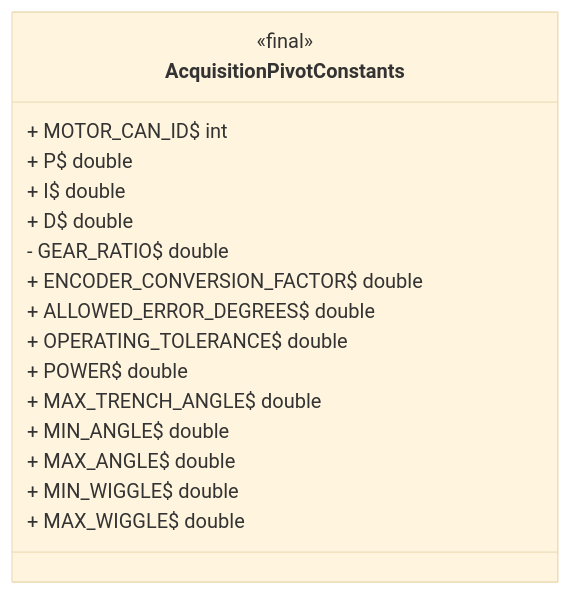
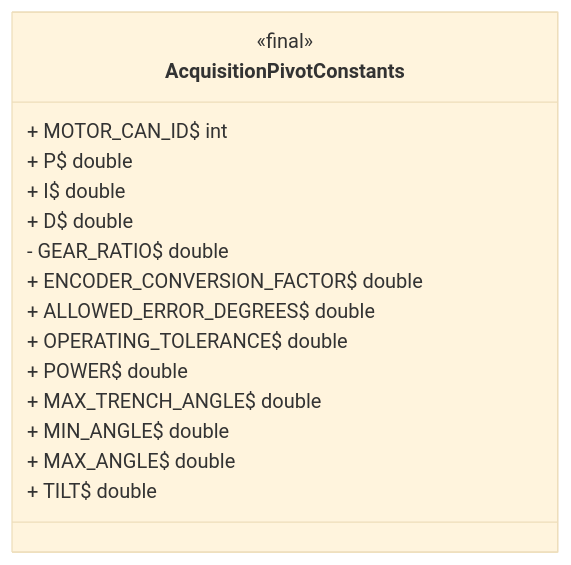
One commit to LakotaRobotics1038/2026RobotProject changed the diagram in src/uml/frc/robot/constants/AcquisitionPivotConstants.mmd. Above: the diagram before and after it, drawn with Mermaid (base theme). The commit also changed 7 other files, not shown here.

```diff
--- a/src/uml/frc/robot/constants/AcquisitionPivotConstants.mmd
+++ b/src/uml/frc/robot/constants/AcquisitionPivotConstants.mmd
@@ -1,20 +1,19 @@
 classDiagram
   direction LR
 
   class AcquisitionPivotConstants {
     <<final>>
     + MOTOR_CAN_ID$ int
     + P$ double
     + I$ double
     + D$ double
     - GEAR_RATIO$ double
     + ENCODER_CONVERSION_FACTOR$ double
     + ALLOWED_ERROR_DEGREES$ double
     + OPERATING_TOLERANCE$ double
     + POWER$ double
     + MAX_TRENCH_ANGLE$ double
     + MIN_ANGLE$ double
     + MAX_ANGLE$ double
-    + MIN_WIGGLE$ double
-    + MAX_WIGGLE$ double
+    + TILT$ double
   }
```
